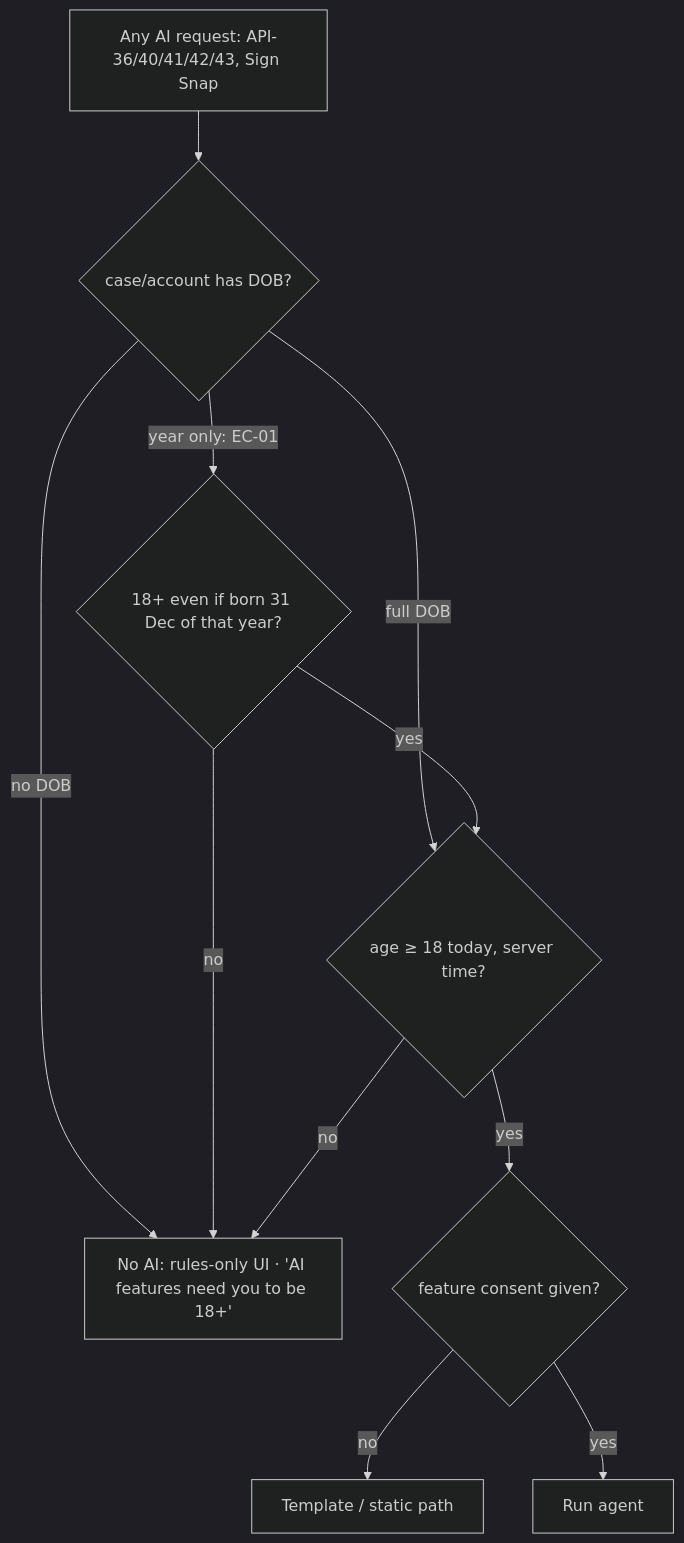
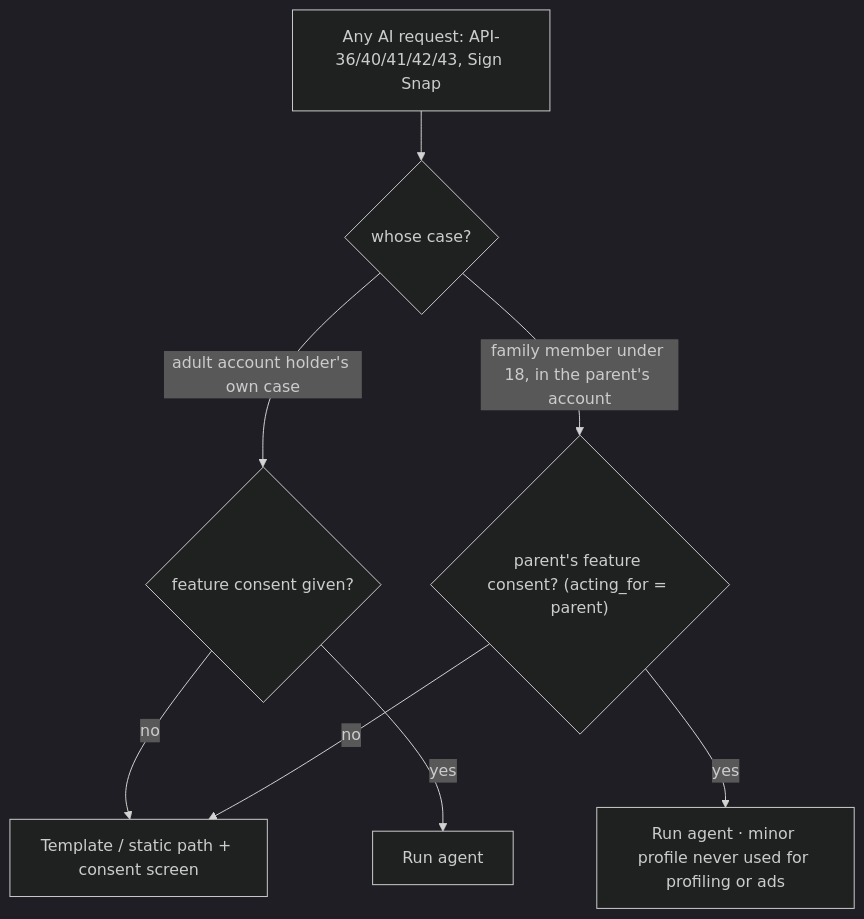
One commit to sruj08/margadarshak changed the fourth of 4 diagrams in docs/04-ai/AGENTS.md. Above: the diagram before and after it, drawn with Mermaid (dark theme). The commit also changed other lines of this file and 1326 other files, not shown here.

````diff
--- a/docs/04-ai/AGENTS.md
+++ b/docs/04-ai/AGENTS.md
@@ -437,13 +488,10 @@
 ```mermaid
 flowchart TD
-  R[Any AI request: API-36/40/41/42/43, Sign Snap] --> A{case/account has DOB?}
-  A -->|no DOB| N[No AI: rules-only UI · 'AI features need you to be 18+']
-  A -->|full DOB| B{age ≥ 18 today, server time?}
-  A -->|year only: EC-01| Y{"18+ even if born 31 Dec of that year?"}
-  Y -->|no| N
-  Y -->|yes| B
-  B -->|no| N
-  B -->|yes| C{feature consent given?}
-  C -->|no| T[Template / static path]
+  R[Any AI request: API-36/40/41/42/43, Sign Snap] --> A{whose case?}
+  A -->|adult account holder's own case| C{feature consent given?}
+  A -->|family member under 18, in the parent's account| P{"parent's feature consent? (acting_for = parent)"}
+  C -->|no| T[Template / static path + consent screen]
+  P -->|no| T
   C -->|yes| OK[Run agent]
+  P -->|yes| OKM[Run agent · minor profile never used for profiling or ads]
 ```
````
